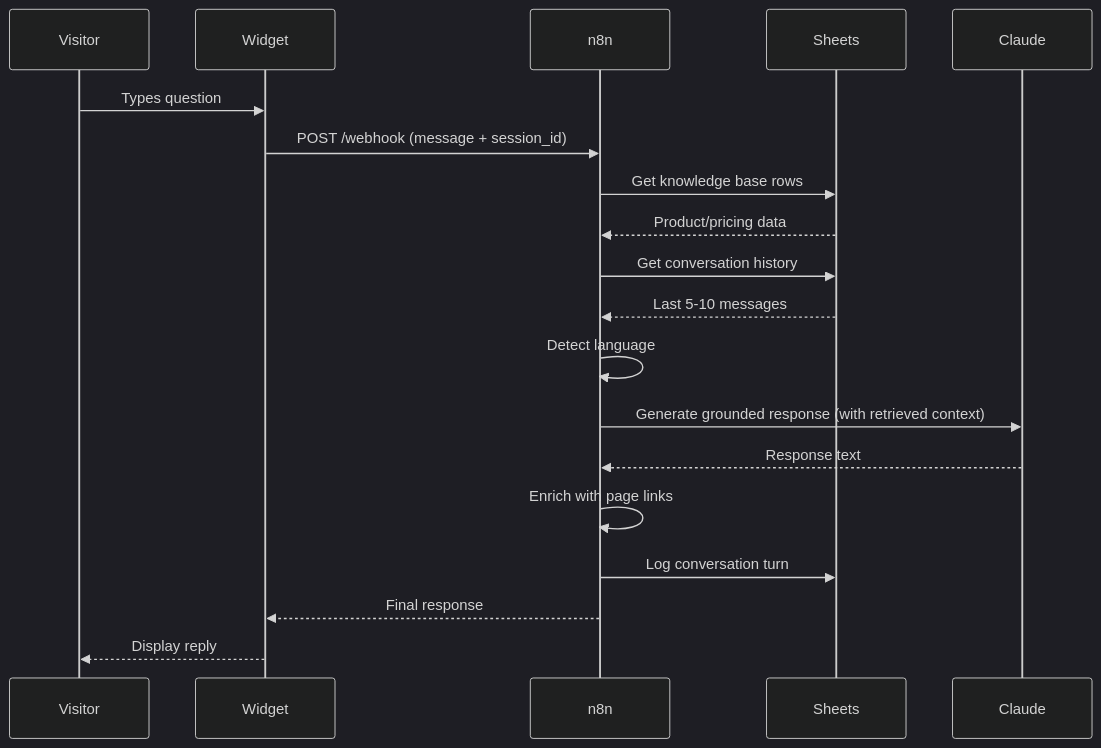
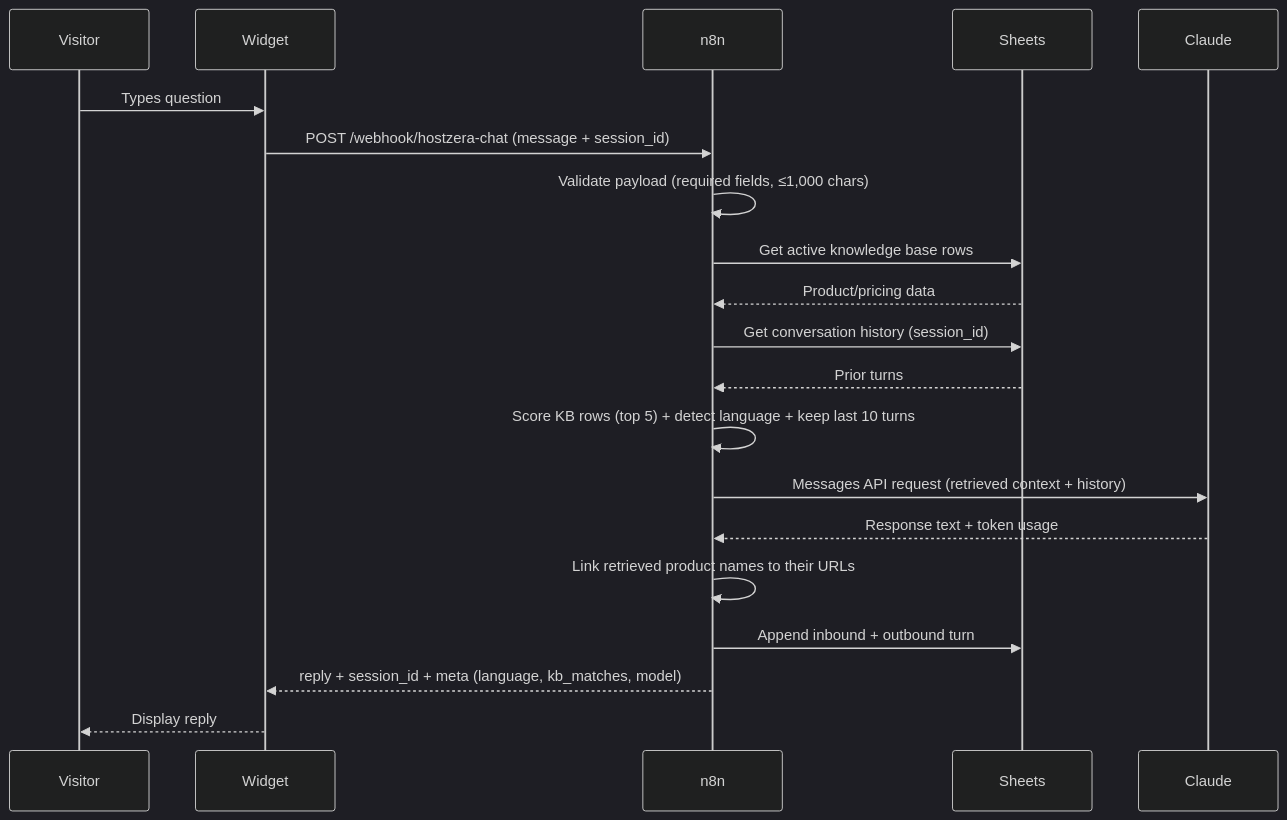
One commit to khaledabdelaziz1330-dot/Khaled-AI-Automation-Portfolio changed the second of 2 diagrams in hostzera-chat-widget/architecture.md. Above: the diagram before and after it, drawn with Mermaid (dark theme). The commit also changed other lines of this file and 50 other files, not shown here.

````diff
--- a/hostzera-chat-widget/architecture.md
+++ b/hostzera-chat-widget/architecture.md
@@ -53,22 +58,23 @@
 ```mermaid
 sequenceDiagram
     participant Visitor
     participant Widget
     participant n8n
     participant Sheets
     participant Claude
-    
+
     Visitor->>Widget: Types question
-    Widget->>n8n: POST /webhook (message + session_id)
-    n8n->>Sheets: Get knowledge base rows
+    Widget->>n8n: POST /webhook/hostzera-chat (message + session_id)
+    n8n->>n8n: Validate payload (required fields, ≤1,000 chars)
+    n8n->>Sheets: Get active knowledge base rows
     Sheets-->>n8n: Product/pricing data
-    n8n->>Sheets: Get conversation history
-    Sheets-->>n8n: Last 5-10 messages
-    n8n->>n8n: Detect language
-    n8n->>Claude: Generate grounded response (with retrieved context)
-    Claude-->>n8n: Response text
-    n8n->>n8n: Enrich with page links
-    n8n->>Sheets: Log conversation turn
-    n8n-->>Widget: Final response
+    n8n->>Sheets: Get conversation history (session_id)
+    Sheets-->>n8n: Prior turns
+    n8n->>n8n: Score KB rows (top 5) + detect language + keep last 10 turns
+    n8n->>Claude: Messages API request (retrieved context + history)
+    Claude-->>n8n: Response text + token usage
+    n8n->>n8n: Link retrieved product names to their URLs
+    n8n->>Sheets: Append inbound + outbound turn
+    n8n-->>Widget: reply + session_id + meta (language, kb_matches, model)
     Widget-->>Visitor: Display reply
 ```
````
